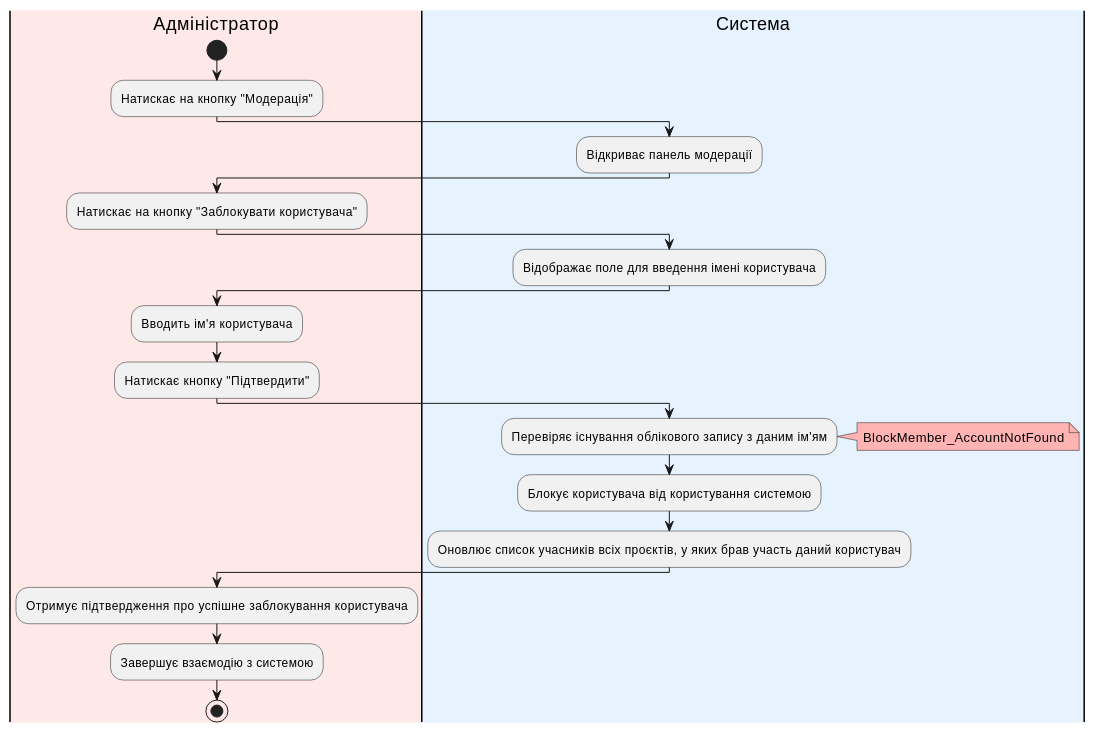
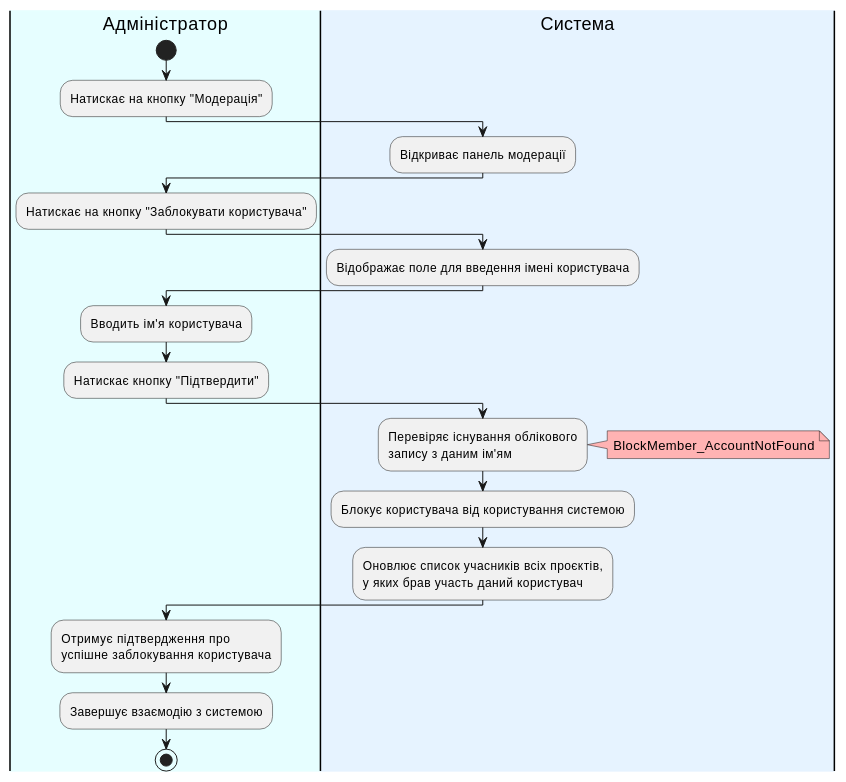
One commit to wiiiolettaaaaa/coursework_database changed diagram 26 of 27 in docs/use cases/README.md. Above: the diagram before and after it, drawn with PlantUML. The commit also changed other lines of this file, not shown here.

```diff
--- a/docs/use cases/README.md
+++ b/docs/use cases/README.md
@@ -1217,38 +1216,38 @@
 @startuml
 
-|#ffe8e8|Адміністратор|
+|#e6feff|Адміністратор|
 start;
 :Натискає на кнопку "Модерація";
 
 |#e6f3ff|Система|
 :Відкриває панель модерації;
 
 |Адміністратор|
 :Натискає на кнопку "Заблокувати користувача";
 
 |Система|
 :Відображає поле для введення імені користувача;
 
 |Адміністратор|
 :Вводить ім'я користувача;
 
 :Натискає кнопку "Підтвердити";
 
 |Система|
-:Перевіряє існування облікового запису з даним ім'ям;
+:Перевіряє існування облікового\nзапису з даним ім'ям;
 
 note right #ffb3b3
 BlockMember_AccountNotFound
 end note
 
 :Блокує користувача від користування системою;
 
-:Оновлює список учасників всіх проєктів, у яких брав участь даний користувач;
+:Оновлює список учасників всіх проєктів,\nу яких брав участь даний користувач;
 
 |Адміністратор|
-:Отримує підтвердження про успішне заблокування користувача;
+:Отримує підтвердження про\nуспішне заблокування користувача;
 
 :Завершує взаємодію з системою;
 stop;
 
 @enduml
```
